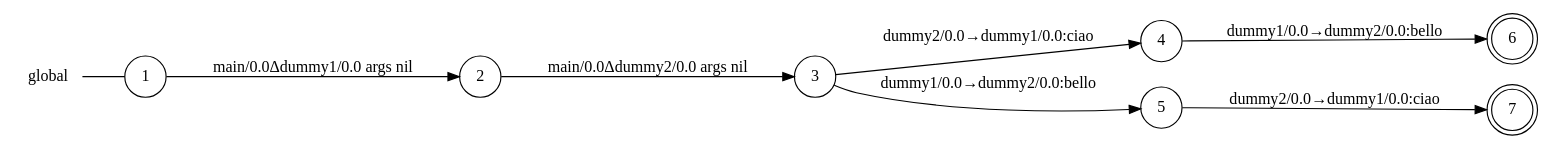
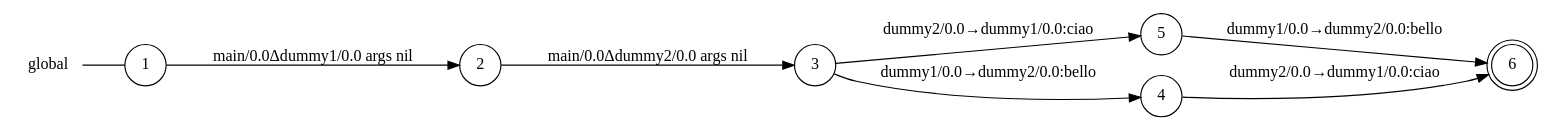
The diagram in examples/async/main_0_global_view.dot (gabrielegenovese/chorer), drawn with Graphviz before and after one commit. The commit also changed 67 other files, not shown here.

```diff
--- a/examples/async/main_0_global_view.dot
+++ b/examples/async/main_0_global_view.dot
@@ -1,19 +1,18 @@
 digraph global {
 	rankdir="LR";
 	n_0 [label="global", shape="plaintext"];
 	n_1 [id="1", shape=circle, label="1"];
 	n_0 -> n_1 [arrowhead=none];
-	n_2 [id="7", shape=doublecircle, label="7"];
+	n_2 [id="7", shape=circle, label="5"];
 	n_3 [id="4", shape=circle, label="4"];
-	n_4 [id="6", shape=doublecircle, label="6"];
-	n_5 [id="3", shape=circle, label="3"];
-	n_6 [id="2", shape=circle, label="2"];
-	n_7 [id="5", shape=circle, label="5"];
+	n_4 [id="3", shape=circle, label="3"];
+	n_5 [id="2", shape=circle, label="2"];
+	n_6 [id="5", shape=doublecircle, label="6"];
 
-	n_5 -> n_7 [id="[$e|3]", label="dummy1/0.0→dummy2/0.0:bello"];
-	n_3 -> n_4 [id="[$e|4]", label="dummy1/0.0→dummy2/0.0:bello"];
-	n_5 -> n_3 [id="[$e|2]", label="dummy2/0.0→dummy1/0.0:ciao"];
-	n_1 -> n_6 [id="[$e|0]", label="main/0.0Δdummy1/0.0 args nil"];
-	n_7 -> n_2 [id="[$e|5]", label="dummy2/0.0→dummy1/0.0:ciao"];
-	n_6 -> n_5 [id="[$e|1]", label="main/0.0Δdummy2/0.0 args nil"];
+	n_3 -> n_6 [id="[$e|2]", label="dummy2/0.0→dummy1/0.0:ciao"];
+	n_1 -> n_5 [id="[$e|0]", label="main/0.0Δdummy1/0.0 args nil"];
+	n_2 -> n_6 [id="[$e|6]", label="dummy1/0.0→dummy2/0.0:bello"];
+	n_4 -> n_3 [id="[$e|3]", label="dummy1/0.0→dummy2/0.0:bello"];
+	n_5 -> n_4 [id="[$e|4]", label="main/0.0Δdummy2/0.0 args nil"];
+	n_4 -> n_2 [id="[$e|5]", label="dummy2/0.0→dummy1/0.0:ciao"];
 }
```
